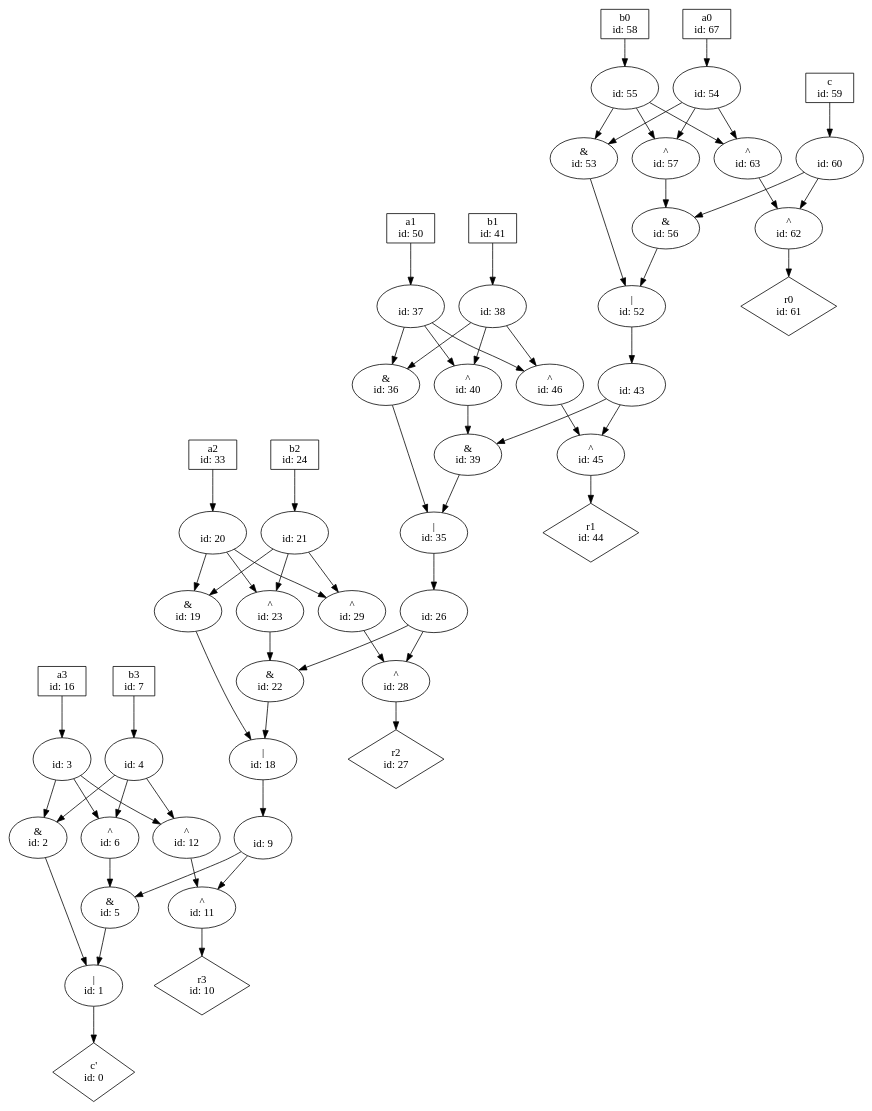
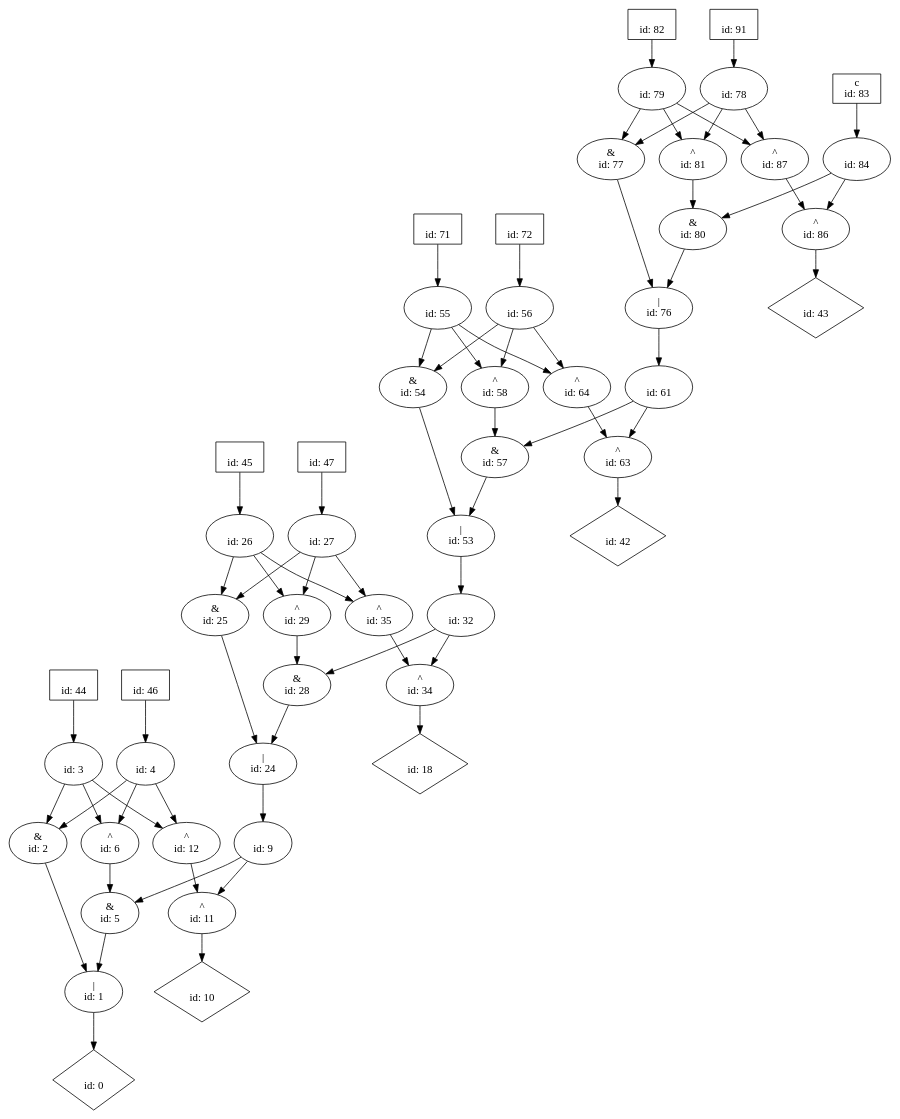
One commit to p9romain/bool-circuits changed the diagram in dot_files/bool_circ/adder.dot. Above: the diagram before and after it, drawn with Graphviz. The commit also changed 70 other files, not shown here.

```diff
--- a/dot_files/bool_circ/adder.dot
+++ b/dot_files/bool_circ/adder.dot
@@ -1,117 +1,117 @@
 digraph G {
-n0 [label="c'\n id: 0",shape="diamond"];
+n0 [label="\n id: 0",shape="diamond"];
 n1 [label="|\n id: 1"];
 n2 [label="&\n id: 2"];
 n3 [label="\n id: 3"];
 n4 [label="\n id: 4"];
 n5 [label="&\n id: 5"];
 n6 [label="^\n id: 6"];
 n9 [label="\n id: 9"];
-n10 [label="r3\n id: 10",shape="diamond"];
+n10 [label="\n id: 10",shape="diamond"];
 n11 [label="^\n id: 11"];
 n12 [label="^\n id: 12"];
-n16 [label="a3\n id: 16",shape="box"];
-n7 [label="b3\n id: 7",shape="box"];
-n18 [label="|\n id: 18"];
-n19 [label="&\n id: 19"];
-n20 [label="\n id: 20"];
-n21 [label="\n id: 21"];
-n22 [label="&\n id: 22"];
-n23 [label="^\n id: 23"];
+n18 [label="\n id: 18",shape="diamond"];
+n24 [label="|\n id: 24"];
+n25 [label="&\n id: 25"];
 n26 [label="\n id: 26"];
-n27 [label="r2\n id: 27",shape="diamond"];
-n28 [label="^\n id: 28"];
+n27 [label="\n id: 27"];
+n28 [label="&\n id: 28"];
 n29 [label="^\n id: 29"];
-n33 [label="a2\n id: 33",shape="box"];
-n24 [label="b2\n id: 24",shape="box"];
-n35 [label="|\n id: 35"];
-n36 [label="&\n id: 36"];
-n37 [label="\n id: 37"];
-n38 [label="\n id: 38"];
-n39 [label="&\n id: 39"];
-n40 [label="^\n id: 40"];
-n43 [label="\n id: 43"];
-n44 [label="r1\n id: 44",shape="diamond"];
-n45 [label="^\n id: 45"];
-n46 [label="^\n id: 46"];
-n50 [label="a1\n id: 50",shape="box"];
-n41 [label="b1\n id: 41",shape="box"];
-n52 [label="|\n id: 52"];
-n53 [label="&\n id: 53"];
-n54 [label="\n id: 54"];
+n32 [label="\n id: 32"];
+n34 [label="^\n id: 34"];
+n35 [label="^\n id: 35"];
+n42 [label="\n id: 42",shape="diamond"];
+n43 [label="\n id: 43",shape="diamond"];
+n44 [label="\n id: 44",shape="box"];
+n45 [label="\n id: 45",shape="box"];
+n46 [label="\n id: 46",shape="box"];
+n47 [label="\n id: 47",shape="box"];
+n53 [label="|\n id: 53"];
+n54 [label="&\n id: 54"];
 n55 [label="\n id: 55"];
-n56 [label="&\n id: 56"];
-n57 [label="^\n id: 57"];
-n60 [label="\n id: 60"];
-n61 [label="r0\n id: 61",shape="diamond"];
-n62 [label="^\n id: 62"];
+n56 [label="\n id: 56"];
+n57 [label="&\n id: 57"];
+n58 [label="^\n id: 58"];
+n61 [label="\n id: 61"];
 n63 [label="^\n id: 63"];
-n67 [label="a0\n id: 67",shape="box"];
-n58 [label="b0\n id: 58",shape="box"];
-n59 [label="c\n id: 59",shape="box"];
+n64 [label="^\n id: 64"];
+n71 [label="\n id: 71",shape="box"];
+n72 [label="\n id: 72",shape="box"];
+n76 [label="|\n id: 76"];
+n77 [label="&\n id: 77"];
+n78 [label="\n id: 78"];
+n79 [label="\n id: 79"];
+n80 [label="&\n id: 80"];
+n81 [label="^\n id: 81"];
+n84 [label="\n id: 84"];
+n86 [label="^\n id: 86"];
+n87 [label="^\n id: 87"];
+n91 [label="\n id: 91",shape="box"];
+n82 [label="\n id: 82",shape="box"];
+n83 [label="c\n id: 83",shape="box"];
 n1 -> n0
 n2 -> n1
 n3 -> n2
 n3 -> n6
 n3 -> n12
 n4 -> n2
 n4 -> n6
 n4 -> n12
 n5 -> n1
 n6 -> n5
 n9 -> n5
 n9 -> n11
 n11 -> n10
 n12 -> n11
-n16 -> n3
-n7 -> n4
-n18 -> n9
-n19 -> n18
-n20 -> n19
-n20 -> n23
-n20 -> n29
-n21 -> n19
-n21 -> n23
-n21 -> n29
-n22 -> n18
-n23 -> n22
-n26 -> n22
-n26 -> n28
-n28 -> n27
+n24 -> n9
+n25 -> n24
+n26 -> n25
+n26 -> n29
+n26 -> n35
+n27 -> n25
+n27 -> n29
+n27 -> n35
+n28 -> n24
 n29 -> n28
-n33 -> n20
-n24 -> n21
-n35 -> n26
-n36 -> n35
-n37 -> n36
-n37 -> n40
-n37 -> n46
-n38 -> n36
-n38 -> n40
-n38 -> n46
-n39 -> n35
-n40 -> n39
-n43 -> n39
-n43 -> n45
-n45 -> n44
-n46 -> n45
-n50 -> n37
-n41 -> n38
-n52 -> n43
-n53 -> n52
+n32 -> n28
+n32 -> n34
+n34 -> n18
+n35 -> n34
+n44 -> n3
+n45 -> n26
+n46 -> n4
+n47 -> n27
+n53 -> n32
 n54 -> n53
-n54 -> n57
-n54 -> n63
-n55 -> n53
-n55 -> n57
-n55 -> n63
-n56 -> n52
-n57 -> n56
-n60 -> n56
-n60 -> n62
-n62 -> n61
-n63 -> n62
-n67 -> n54
-n58 -> n55
-n59 -> n60
+n55 -> n54
+n55 -> n58
+n55 -> n64
+n56 -> n54
+n56 -> n58
+n56 -> n64
+n57 -> n53
+n58 -> n57
+n61 -> n57
+n61 -> n63
+n63 -> n42
+n64 -> n63
+n71 -> n55
+n72 -> n56
+n76 -> n61
+n77 -> n76
+n78 -> n77
+n78 -> n81
+n78 -> n87
+n79 -> n77
+n79 -> n81
+n79 -> n87
+n80 -> n76
+n81 -> n80
+n84 -> n80
+n84 -> n86
+n86 -> n43
+n87 -> n86
+n91 -> n78
+n82 -> n79
+n83 -> n84
 }
```
